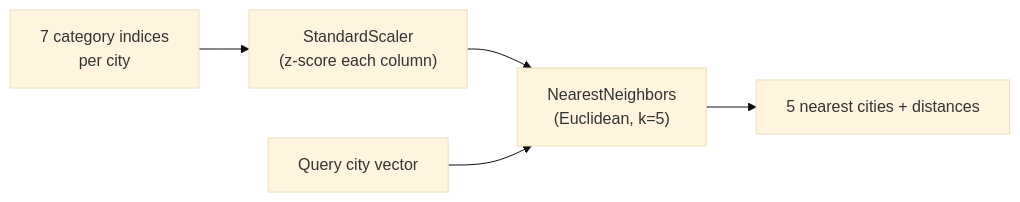
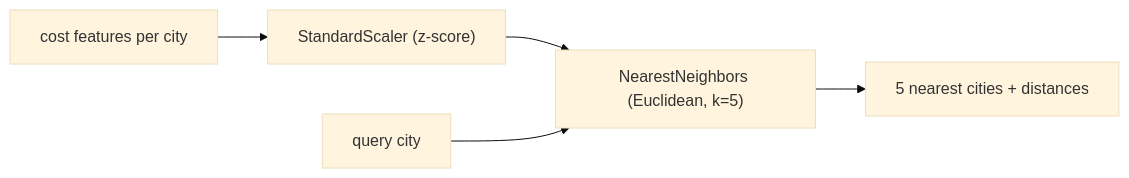
The fifth of 7 diagrams in docs/HOW_IT_WORKS.md (tejassinghbhati/COLE), drawn with Mermaid (base theme) before and after one commit. The commit also changed other lines of this file and 1 other file, not shown here.

````diff
--- a/docs/HOW_IT_WORKS.md
+++ b/docs/HOW_IT_WORKS.md
@@ -425,7 +359,7 @@
 ```mermaid
 flowchart LR
-    C["7 category indices<br/>per city"] --> SC["StandardScaler<br/>(z-score each column)"]
-    SC --> NN["NearestNeighbors<br/>(Euclidean, k=5)"]
-    Q["Query city vector"] --> NN
+    C["cost features per city"] --> SC["StandardScaler (z-score)"]
+    SC --> NN["NearestNeighbors (Euclidean, k=5)"]
+    Q["query city"] --> NN
     NN --> OUT["5 nearest cities + distances"]
 ```
````
